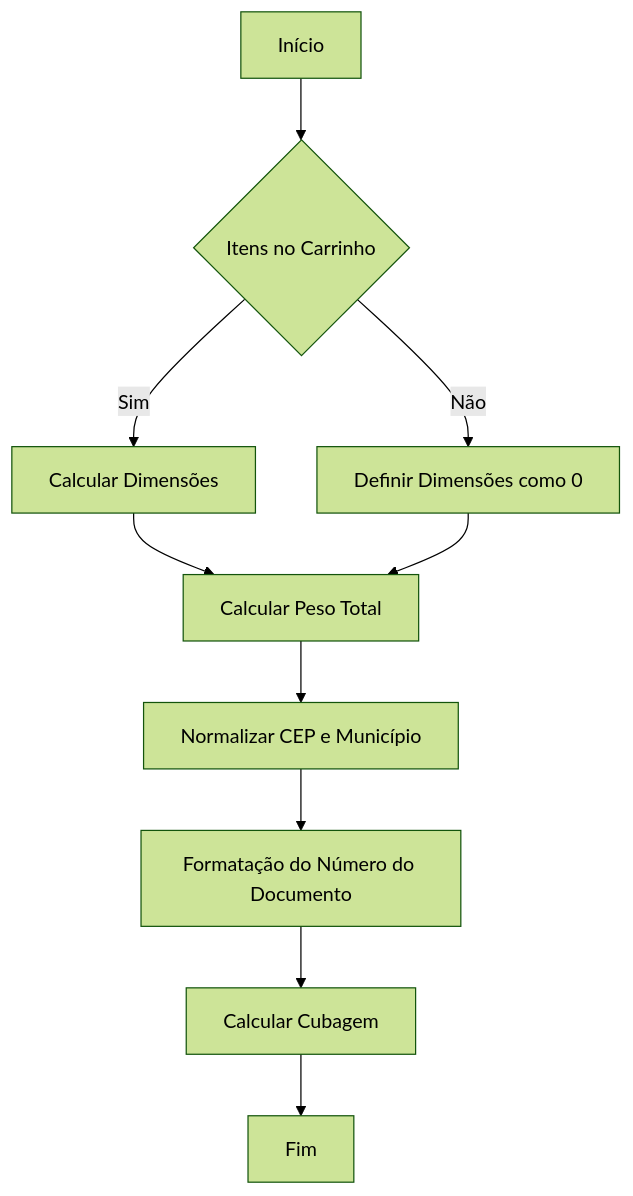
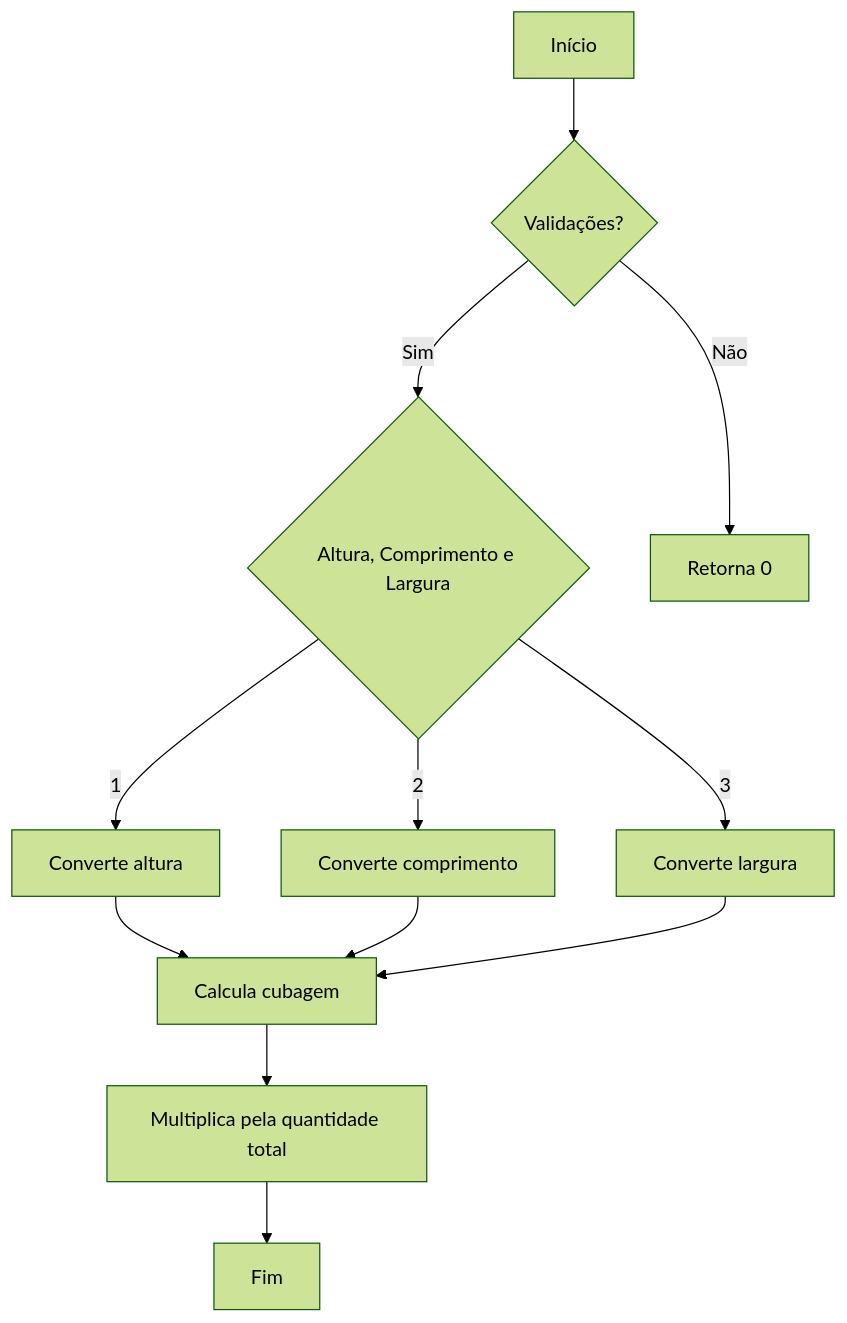
Before and after one commit to IsthmusSistemas/documentacao-tecnica: the first of 2 diagrams in docs/b2b-dominio/IsthmusWinthor.Nucleo/IsthmusWinthor.Dominio/POCO/InformacoesFrete.md, drawn with Mermaid (forest theme). The commit also changed other lines of this file and 882 other files, not shown here.

````diff
--- a/docs/b2b-dominio/IsthmusWinthor.Nucleo/IsthmusWinthor.Dominio/POCO/InformacoesFrete.md
+++ b/docs/b2b-dominio/IsthmusWinthor.Nucleo/IsthmusWinthor.Dominio/POCO/InformacoesFrete.md
@@ -36,14 +19,14 @@
 ```mermaid
 flowchart TD
-    A[Início] --> B{Itens no Carrinho}
-    B -- Sim --> C[Calcular Dimensões]
-    B -- Não --> D[Definir Dimensões como 0]
-    
-    C --> E[Calcular Peso Total]
-    D --> E
-    
-    E --> F[Normalizar CEP e Município]
-    F --> G[Formatação do Número do Documento]
-    G --> H[Calcular Cubagem]
-    H --> I[Fim]
+    A[Início] --> B{Validações?}
+    B -- Sim --> C{Altura, Comprimento e Largura}
+    B -- Não --> D[Retorna 0]
+    C -->|1| E[Converte altura]
+    C -->|2| F[Converte comprimento]
+    C -->|3| G[Converte largura]
+    E --> H[Calcula cubagem]
+    F --> H
+    G --> H
+    H --> I[Multiplica pela quantidade total]
+    I --> J[Fim]
 ```
````
